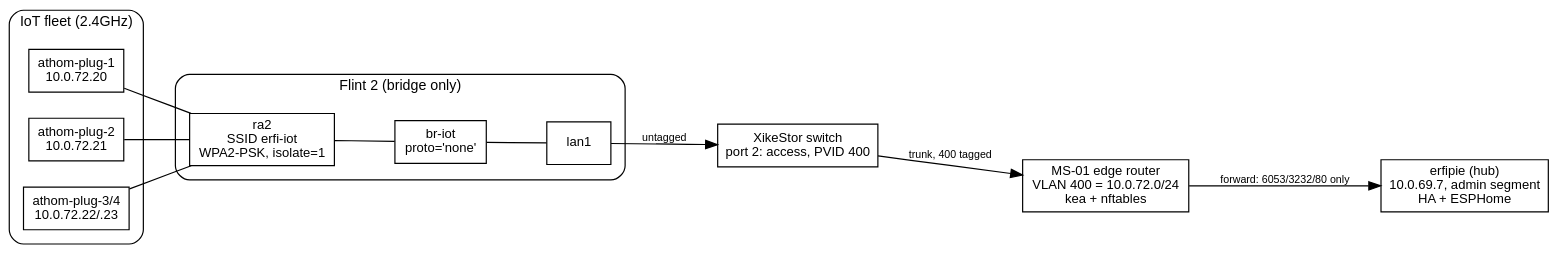
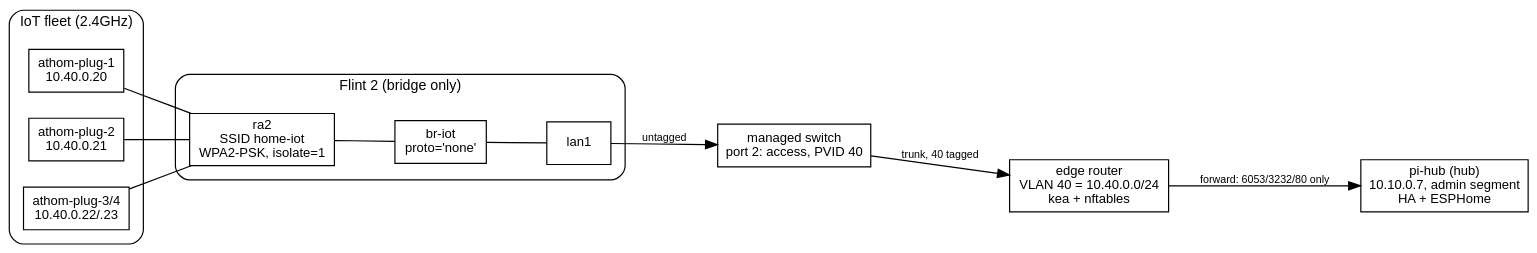
One commit to erfianugrah/lexicanum changed the diagram in src/content/docs/reference/home-iot-network.mdx. Above: the diagram before and after it, drawn with Graphviz. The commit also changed other lines of this file and 1 other file, not shown here.

First line of the commit message:
docs(home-iot-network): anonymize home identifiers for public reference

````diff
--- a/src/content/docs/reference/home-iot-network.mdx
+++ b/src/content/docs/reference/home-iot-network.mdx
@@ -24,35 +24,35 @@
 ```dot
 digraph {
   rankdir=LR; bgcolor="transparent"; compound=true; nodesep=0.3; ranksep=0.7;
   fontname="Helvetica,Arial,sans-serif";
   node [fontname="Helvetica,Arial,sans-serif", fontsize=11, shape=box];
   edge [fontname="Helvetica,Arial,sans-serif", fontsize=9];
 
   subgraph cluster_fleet {
     label="IoT fleet (2.4GHz)"; style=rounded; fontsize=12; margin=12;
-    plug1 [label="athom-plug-1\n10.0.72.20"];
-    plug2 [label="athom-plug-2\n10.0.72.21"];
-    plug34 [label="athom-plug-3/4\n10.0.72.22/.23"];
+    plug1 [label="athom-plug-1\n10.40.0.20"];
+    plug2 [label="athom-plug-2\n10.40.0.21"];
+    plug34 [label="athom-plug-3/4\n10.40.0.22/.23"];
   }
 
   subgraph cluster_flint {
     label="Flint 2 (bridge only)"; style=rounded; fontsize=12; margin=12;
-    ra2 [label="ra2\nSSID erfi-iot\nWPA2-PSK, isolate=1"];
+    ra2 [label="ra2\nSSID home-iot\nWPA2-PSK, isolate=1"];
     briot [label="br-iot\nproto='none'"];
     lan1 [label="lan1"];
     ra2 -> briot -> lan1 [arrowhead=none];
   }
 
-  switch [label="XikeStor switch\nport 2: access, PVID 400"];
-  router [label="MS-01 edge router\nVLAN 400 = 10.0.72.0/24\nkea + nftables"];
-  pi [label="erfipie (hub)\n10.0.69.7, admin segment\nHA + ESPHome"];
+  switch [label="managed switch\nport 2: access, PVID 40"];
+  router [label="edge router\nVLAN 40 = 10.40.0.0/24\nkea + nftables"];
+  pi [label="pi-hub (hub)\n10.10.0.7, admin segment\nHA + ESPHome"];
 
   plug1 -> ra2 [arrowhead=none];
   plug2 -> ra2 [arrowhead=none];
   plug34 -> ra2 [arrowhead=none];
   lan1 -> switch [label="untagged"];
-  switch -> router [label="trunk, 400 tagged"];
+  switch -> router [label="trunk, 40 tagged"];
   router -> pi [label="forward: 6053/3232/80 only"];
   plug34 -> router [style=invis];
 }
 ```
````
